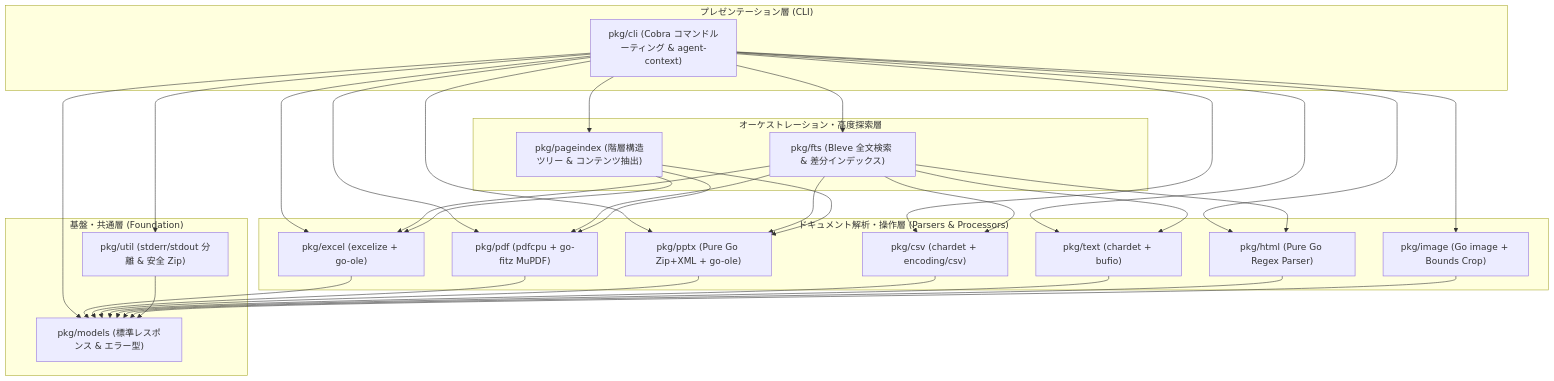
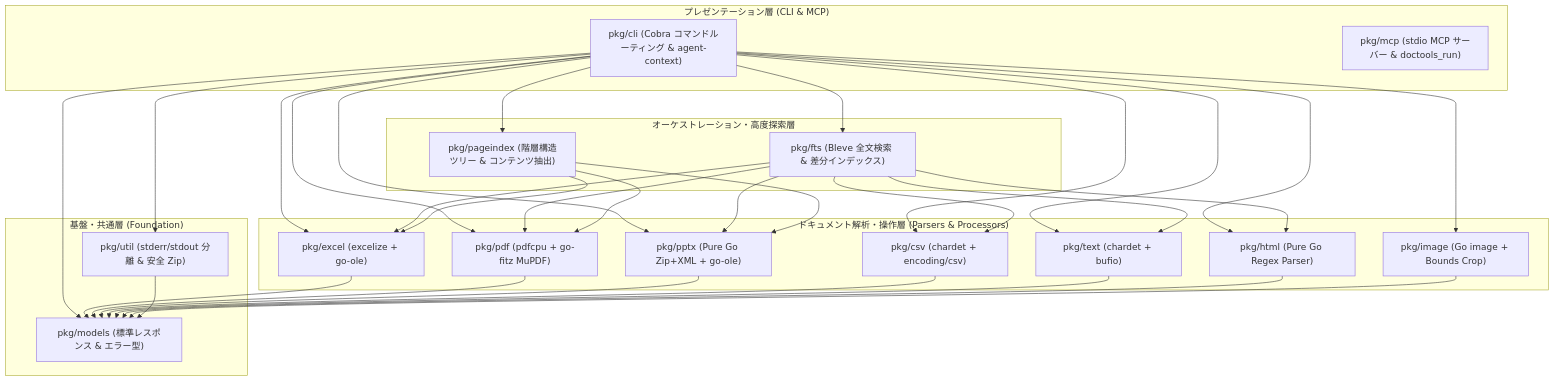
The diagram in pkg/README.md (snaga/doctools-cli), drawn with Mermaid before and after one commit. The commit also changed other lines of this file and 5 other files, not shown here.

````diff
--- a/pkg/README.md
+++ b/pkg/README.md
@@ -10,58 +10,59 @@
 ```mermaid
 flowchart TD
-    subgraph Presentation ["プレゼンテーション層 (CLI)"]
+    subgraph Presentation ["プレゼンテーション層 (CLI & MCP)"]
         CLI["pkg/cli (Cobra コマンドルーティング & agent-context)"]
+        MCP["pkg/mcp (stdio MCP サーバー & doctools_run)"]
     end
 
     subgraph Orchestration ["オーケストレーション・高度探索層"]
         FTS["pkg/fts (Bleve 全文検索 & 差分インデックス)"]
         PI["pkg/pageindex (階層構造ツリー & コンテンツ抽出)"]
     end
 
     subgraph Parsers ["ドキュメント解析・操作層 (Parsers & Processors)"]
         EXCEL["pkg/excel (excelize + go-ole)"]
         PDF["pkg/pdf (pdfcpu + go-fitz MuPDF)"]
         PPTX["pkg/pptx (Pure Go Zip+XML + go-ole)"]
         CSV["pkg/csv (chardet + encoding/csv)"]
         TEXT["pkg/text (chardet + bufio)"]
         HTML["pkg/html (Pure Go Regex Parser)"]
         IMAGE["pkg/image (Go image + Bounds Crop)"]
     end
 
     subgraph Foundation ["基盤・共通層 (Foundation)"]
         MODELS["pkg/models (標準レスポンス & エラー型)"]
         UTIL["pkg/util (stderr/stdout 分離 & 安全 Zip)"]
     end
 
     CLI --> FTS
     CLI --> PI
     CLI --> EXCEL
     CLI --> PDF
     CLI --> PPTX
     CLI --> CSV
     CLI --> TEXT
     CLI --> HTML
     CLI --> IMAGE
     CLI --> UTIL
     CLI --> MODELS
 
     FTS --> EXCEL
     FTS --> PPTX
     FTS --> PDF
     FTS --> CSV
     FTS --> TEXT
     FTS --> HTML
 
     PI --> PDF
     PI --> PPTX
     PI --> EXCEL
 
     EXCEL --> MODELS
     PDF --> MODELS
     PPTX --> MODELS
     CSV --> MODELS
     TEXT --> MODELS
     HTML --> MODELS
     IMAGE --> MODELS
     UTIL --> MODELS
 ```
````
